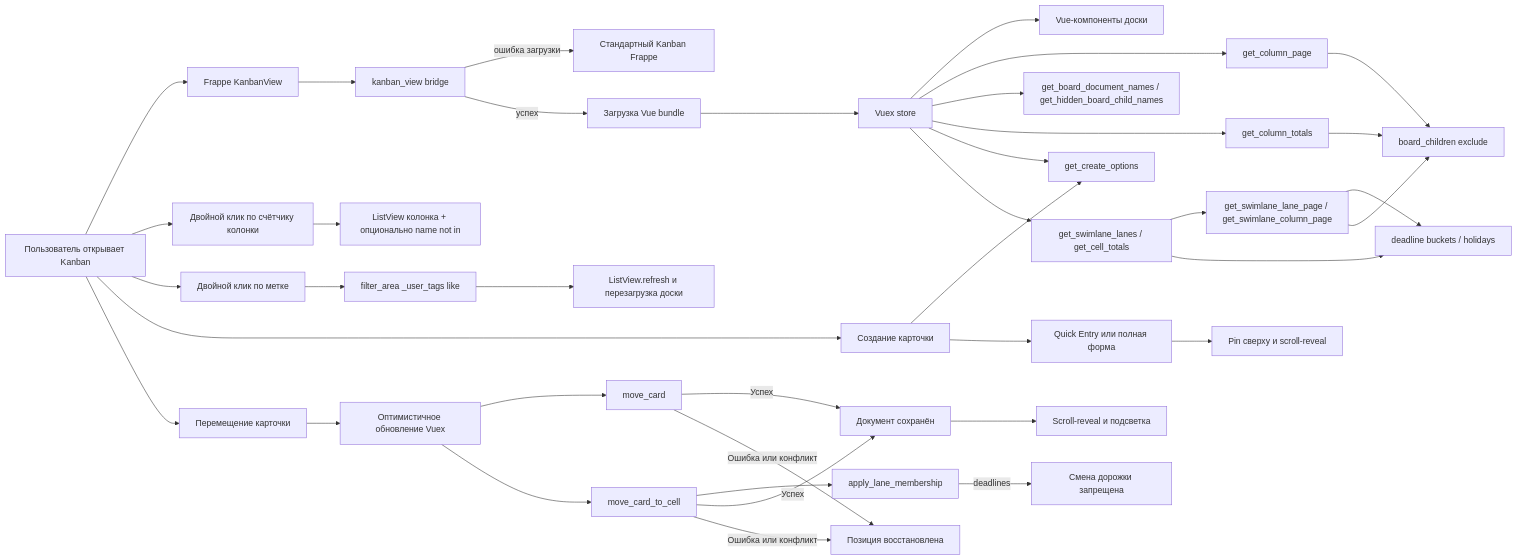
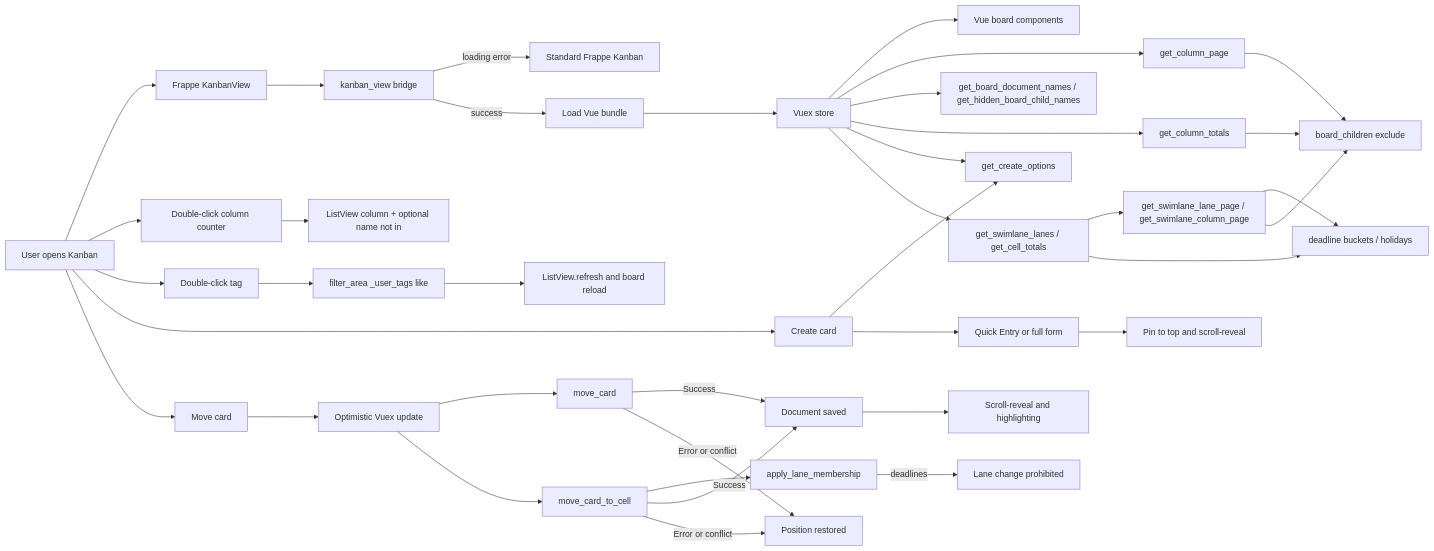
Before and after one commit to Dinext-pro/dinext_kanban: the diagram in README.md, drawn with Mermaid. The commit also changed other lines of this file and 1 other file, not shown here.

````diff
--- a/README.md
+++ b/README.md
@@ -618,40 +605,40 @@
 ```mermaid
 flowchart LR
-    User[Пользователь открывает Kanban] --> Native[Frappe KanbanView]
+    User[User opens Kanban] --> Native[Frappe KanbanView]
     Native --> Bridge[kanban_view bridge]
-    Bridge -->|ошибка загрузки| Standard[Стандартный Kanban Frappe]
-    Bridge -->|успех| Bundle[Загрузка Vue bundle]
+    Bridge -->|loading error| Standard[Standard Frappe Kanban]
+    Bridge -->|success| Bundle[Load Vue bundle]
     Bundle --> Store[Vuex store]
-    Store --> Board[Vue-компоненты доски]
+    Store --> Board[Vue board components]
     Store --> ColumnPage[get_column_page]
     Store --> BoardNames[get_board_document_names / get_hidden_board_child_names]
     Store --> Totals[get_column_totals]
     Store --> CreateOpts[get_create_options]
     Store --> SwimLanes[get_swimlane_lanes / get_cell_totals]
     SwimLanes --> CellPage[get_swimlane_lane_page / get_swimlane_column_page]
     SwimLanes --> Deadlines[deadline buckets / holidays]
     CellPage --> Deadlines
     ColumnPage --> BoardChildren[board_children exclude]
     CellPage --> BoardChildren
     Totals --> BoardChildren
-    User --> ListNav[Двойной клик по счётчику колонки]
-    ListNav --> ListView[ListView колонка + опционально name not in]
-    User --> TagFilter[Двойной клик по метке]
+    User --> ListNav[Double-click column counter]
+    ListNav --> ListView[ListView column + optional name not in]
+    User --> TagFilter[Double-click tag]
     TagFilter --> FilterArea[filter_area _user_tags like]
-    FilterArea --> Refresh[ListView.refresh и перезагрузка доски]
-    User --> Create[Создание карточки]
+    FilterArea --> Refresh[ListView.refresh and board reload]
+    User --> Create[Create card]
     Create --> CreateOpts
-    Create --> FormUI[Quick Entry или полная форма]
-    FormUI --> RevealCreate[Pin сверху и scroll-reveal]
-    User --> Move[Перемещение карточки]
-    Move --> Optimistic[Оптимистичное обновление Vuex]
+    Create --> FormUI[Quick Entry or full form]
+    FormUI --> RevealCreate[Pin to top and scroll-reveal]
+    User --> Move[Move card]
+    Move --> Optimistic[Optimistic Vuex update]
     Optimistic --> MoveAPI[move_card]
     Optimistic --> CellAPI[move_card_to_cell]
     CellAPI --> LaneMem[apply_lane_membership]
-    LaneMem -->|deadlines| LaneBlocked[Смена дорожки запрещена]
-    MoveAPI -->|Успех| Saved[Документ сохранён]
-    CellAPI -->|Успех| Saved
-    MoveAPI -->|Ошибка или конфликт| Rollback[Позиция восстановлена]
-    CellAPI -->|Ошибка или конфликт| Rollback
-    Saved --> RevealMove[Scroll-reveal и подсветка]
+    LaneMem -->|deadlines| LaneBlocked[Lane change prohibited]
+    MoveAPI -->|Success| Saved[Document saved]
+    CellAPI -->|Success| Saved
+    MoveAPI -->|Error or conflict| Rollback[Position restored]
+    CellAPI -->|Error or conflict| Rollback
+    Saved --> RevealMove[Scroll-reveal and highlighting]
 ```
````
